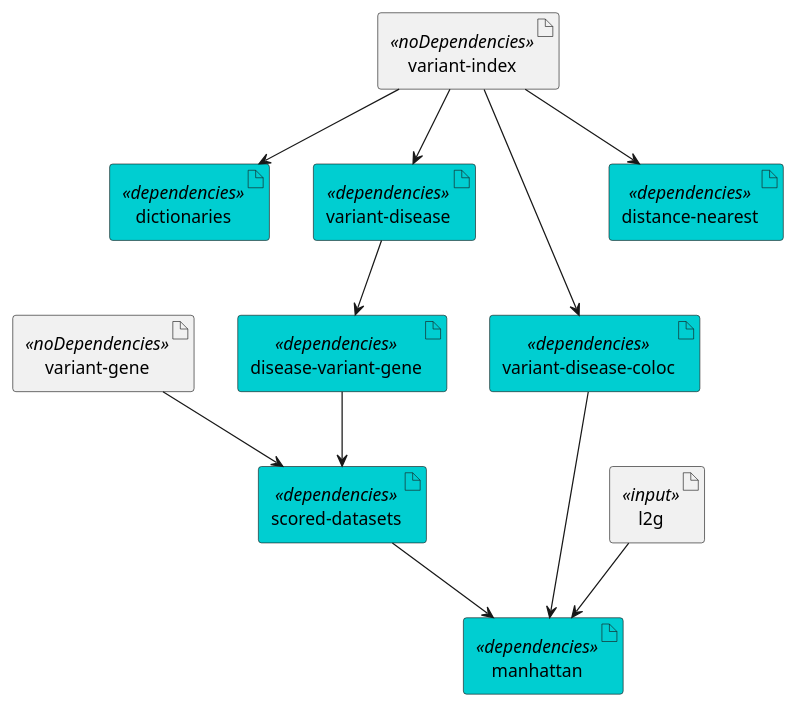
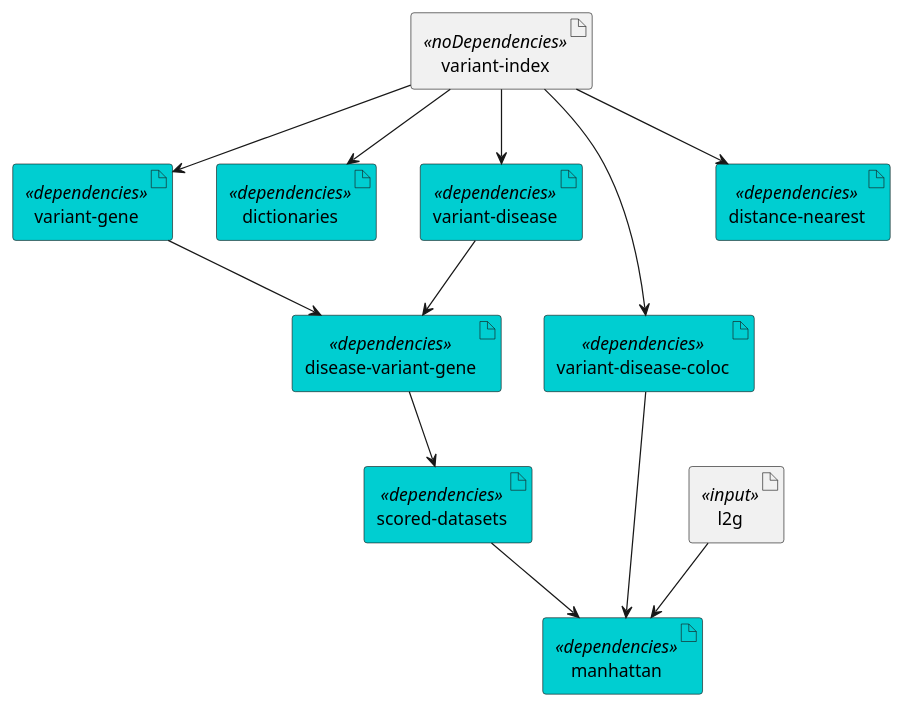
The diagram in documentation/step_dependencies.puml (opentargets/genetics-pipe), drawn with PlantUML before and after one commit. The commit also changed 3 other files, not shown here.

```diff
--- a/documentation/step_dependencies.puml
+++ b/documentation/step_dependencies.puml
@@ -1,34 +1,35 @@
 @startuml
 skinparam interface {
     backgroundColor<<input>> darkblue
     backgroundColor<<output>> cyan
 }
 skinparam artifact {
      backgroundColor<<noDependency>> orchid
      backgroundColor<<dependencies>> darkturquoise
  }
 ' steps
-artifact vg as "variant-gene" <<noDependencies>>
+artifact vg as "variant-gene" <<dependencies>>
 artifact vi as "variant-index" <<noDependencies>>
 artifact dictionaries <<dependencies>>
 artifact vd as "variant-disease" <<dependencies>>
 artifact vdc as "variant-disease-coloc" <<dependencies>>
 artifact dn as "distance-nearest" <<dependencies>>
 artifact dvg as "disease-variant-gene" <<dependencies>>
 artifact sd as "scored-datasets" <<dependencies>>
 artifact manhattan <<dependencies>>
 artifact l2g <<input>>
 
 vi --> dictionaries
 vi --> vd
+vi --> vg
 vi --> vdc
 vi --> dn
 vd --> dvg
-vg --> sd
+vg --> dvg
 dvg --> sd
 l2g --> manhattan
 sd --> manhattan
 vdc --> manhattan
 
 
 @enduml
```
